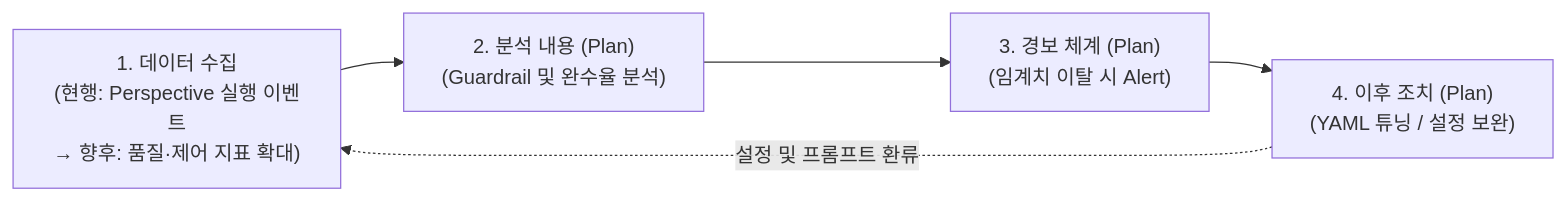
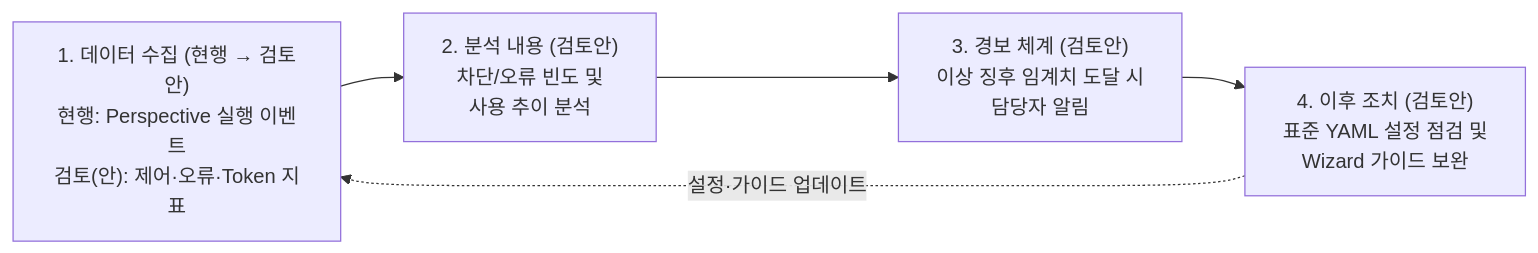
Before and after one commit to misjin05/playground: the first of 2 diagrams in AIS/Reports/Slide22_23_Update.md, drawn with Mermaid. The commit also changed other lines of this file and 1 other file, not shown here.

Commit message:
Refine Slide 22 monitoring metrics as candidate plan and remove local Diary analysis

````diff
--- a/AIS/Reports/Slide22_23_Update.md
+++ b/AIS/Reports/Slide22_23_Update.md
@@ -21,7 +27,7 @@
 ```mermaid
 graph LR
-    S1["1. 데이터 수집<br/>(현행: Perspective 실행 이벤트<br/>→ 향후: 품질·제어 지표 확대)"] --> S2["2. 분석 내용 (Plan)<br/>(Guardrail 및 완수율 분석)"]
-    S2 --> S3["3. 경보 체계 (Plan)<br/>(임계치 이탈 시 Alert)"]
-    S3 --> S4["4. 이후 조치 (Plan)<br/>(YAML 튜닝 / 설정 보완)"]
-    S4 -.->|"설정 및 프롬프트 환류"| S1
+    S1["1. 데이터 수집 (현행 → 검토안)<br/>현행: Perspective 실행 이벤트<br/>검토(안): 제어·오류·Token 지표"] --> S2["2. 분석 내용 (검토안)<br/>차단/오류 빈도 및<br/>사용 추이 분석"]
+    S2 --> S3["3. 경보 체계 (검토안)<br/>이상 징후 임계치 도달 시<br/>담당자 알림"]
+    S3 --> S4["4. 이후 조치 (검토안)<br/>표준 YAML 설정 점검 및<br/>Wizard 가이드 보완"]
+    S4 -.->|"설정·가이드 업데이트"| S1
 ```
````
